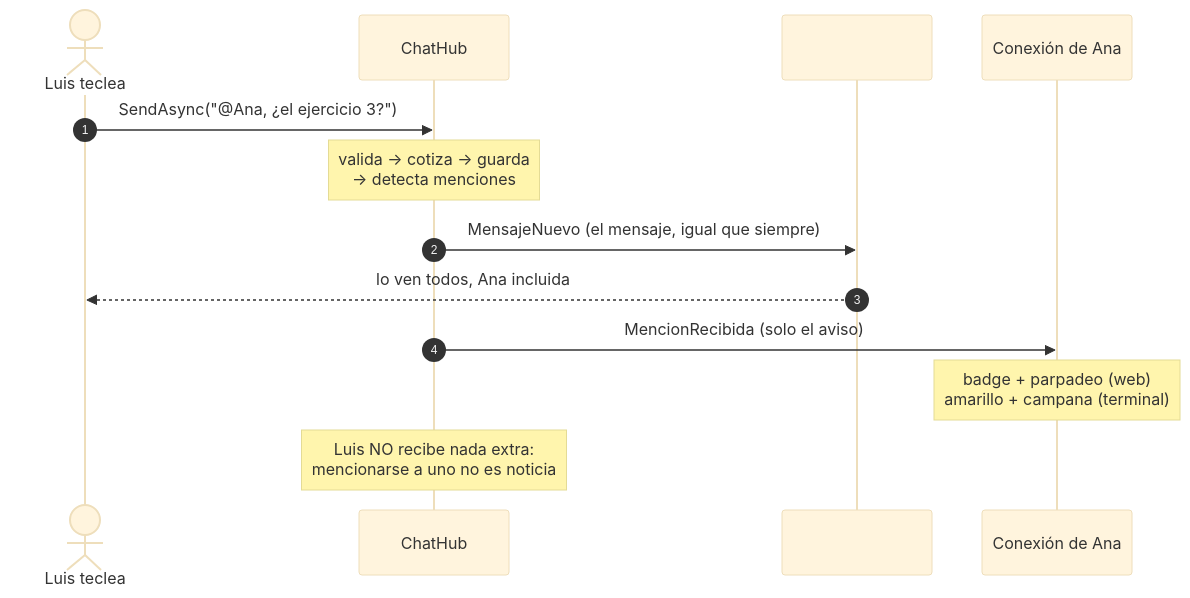
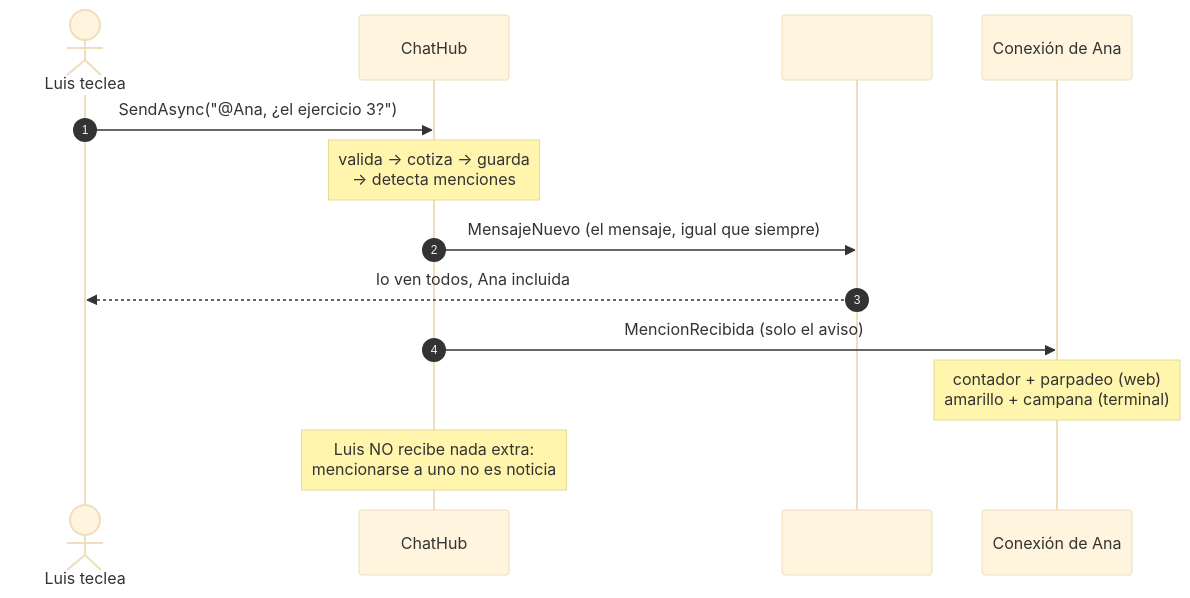
The first of 2 diagrams in docs/09-menciones-y-avisos.md (joseluisgs/AulaChatNet), drawn with Mermaid (base theme) before and after one commit. The commit also changed other lines of this file and 11 other files, not shown here.

````diff
--- a/docs/09-menciones-y-avisos.md
+++ b/docs/09-menciones-y-avisos.md
@@ -36,16 +36,16 @@
 ```mermaid
 sequenceDiagram
     autonumber
     actor L as Luis teclea
     participant H as ChatHub
     participant G as #general (grupo)
     participant A as Conexión de Ana
 
     L->>H: SendAsync("@Ana, ¿el ejercicio 3?")
     Note over H: valida → cotiza → guarda<br/>→ detecta menciones
     H->>G: MensajeNuevo (el mensaje, igual que siempre)
     G-->>L: lo ven todos, Ana incluida
     H->>A: MencionRecibida (solo el aviso)
-    Note over A: badge + parpadeo (web)<br/>amarillo + campana (terminal)
+    Note over A: contador + parpadeo (web)<br/>amarillo + campana (terminal)
     Note over H: Luis NO recibe nada extra:<br/>mencionarse a uno no es noticia
 ```
````
